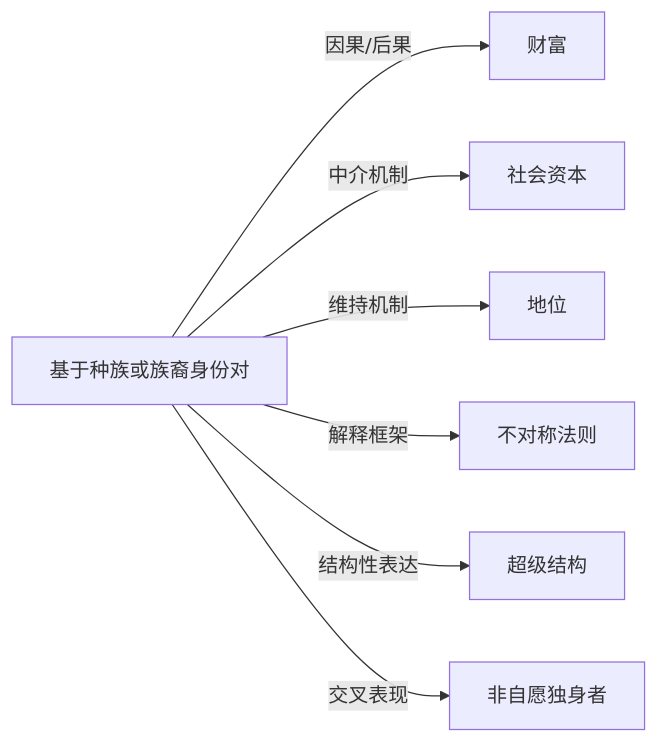
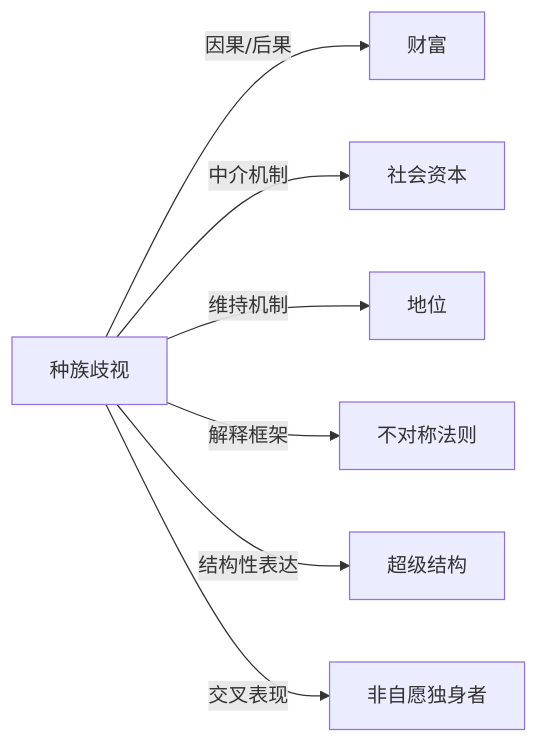
One commit to KIMMCHOW/MyKnowledge changed the diagram in Knowledge/Concepts/社会学/种族歧视.md. Above: the diagram before and after it, drawn with Mermaid. The commit also changed 96 other files, not shown here.

Commit message:
fix: 修复概念页关系图节点并补齐缺失关联

````diff
--- a/Knowledge/Concepts/社会学/种族歧视.md
+++ b/Knowledge/Concepts/社会学/种族歧视.md
@@ -28,9 +28,9 @@
 ```mermaid
 graph LR
-    基于种族或族裔身份对 -->|因果/后果| 财富
-    基于种族或族裔身份对 -->|中介机制| 社会资本
-    基于种族或族裔身份对 -->|维持机制| 地位
-    基于种族或族裔身份对 -->|解释框架| 不对称法则
-    基于种族或族裔身份对 -->|结构性表达| 超级结构
-    基于种族或族裔身份对 -->|交叉表现| 非自愿独身者
+种族歧视 -->|因果/后果| 财富
+种族歧视 -->|中介机制| 社会资本
+种族歧视 -->|维持机制| 地位
+种族歧视 -->|解释框架| 不对称法则
+种族歧视 -->|结构性表达| 超级结构
+种族歧视 -->|交叉表现| 非自愿独身者
 ```
````
